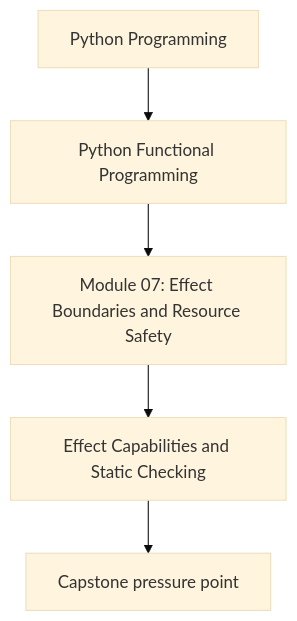
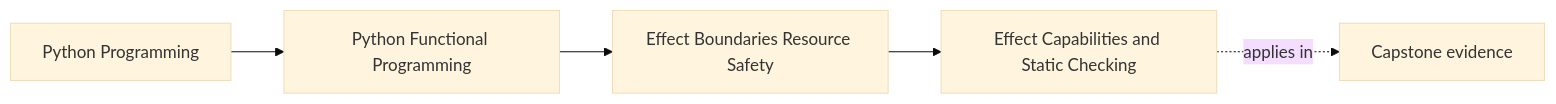
Before and after one commit to bijux/bijux-masterclass: the first of 2 diagrams in programs/python-programming/python-functional-programming/course-book/module-07-effect-boundaries-resource-safety/effect-capabilities-and-static-checking.md, drawn with Mermaid (base theme). The commit also changed other lines of this file and 108 other files, not shown here.

Commit message:
docs(python-functional-programming): map capstone and advanced design surfaces

````diff
--- a/programs/python-programming/python-functional-programming/course-book/module-07-effect-boundaries-resource-safety/effect-capabilities-and-static-checking.md
+++ b/programs/python-programming/python-functional-programming/course-book/module-07-effect-boundaries-resource-safety/effect-capabilities-and-static-checking.md
@@ -7,7 +7,11 @@
 ```mermaid
-flowchart TD
-  family["Python Programming"] --> program["Python Functional Programming"]
-  program --> module["Module 07: Effect Boundaries and Resource Safety"]
-  module --> concept["Effect Capabilities and Static Checking"]
-  concept --> capstone["Capstone pressure point"]
+graph LR
+  family["Python Programming"]
+  program["Python Functional Programming"]
+  section["Effect Boundaries Resource Safety"]
+  page["Effect Capabilities and Static Checking"]
+  capstone["Capstone evidence"]
+
+  family --> program --> section --> page
+  page -.applies in.-> capstone
 ```
````
